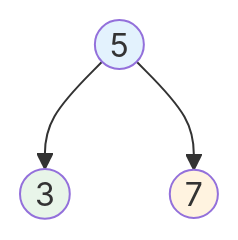
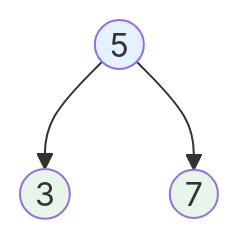
Diagram 23 of 31 in docs/030-数据结构与算法/200-树结构/002-二叉搜索树.md (hemy08/hemynotes), drawn with Mermaid before and after one commit. The commit also changed other lines of this file and 91 other files, not shown here.

````diff
--- a/docs/030-数据结构与算法/200-树结构/002-二叉搜索树.md
+++ b/docs/030-数据结构与算法/200-树结构/002-二叉搜索树.md
@@ -534,9 +524,9 @@
 ```mermaid
 graph TB
-    A((5)) --> B((3))
-    A --> C((7))
+    5((5)) --> 3((3))
+    5 --> 7((7))
     
-    style A fill:#E3F2FD
-    style B fill:#E8F5E9
-    style C fill:#FFF3E0
+    style 5 fill:#E3F2FD
+    style 3 fill:#E8F5E9
+    style 7 fill:#E8F5E9
 ```
````
